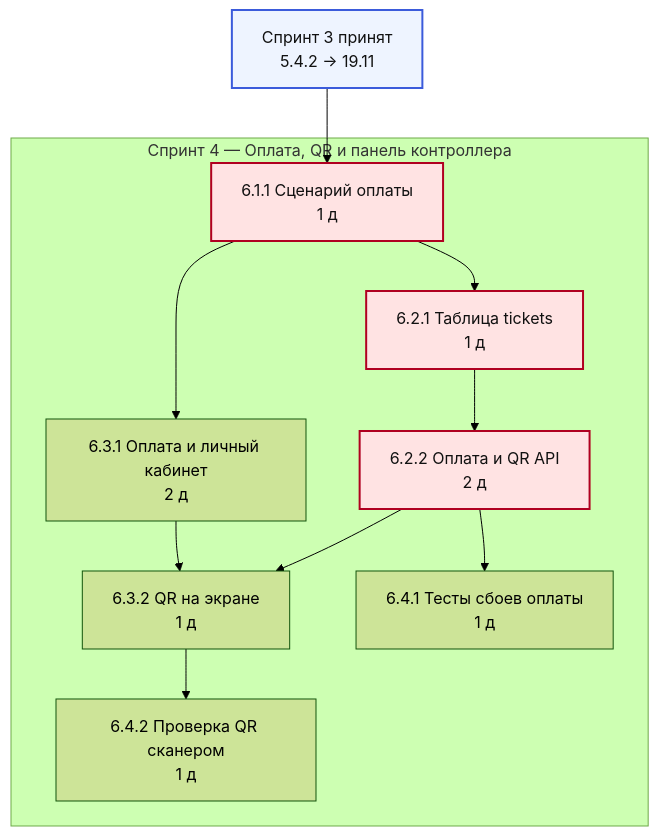
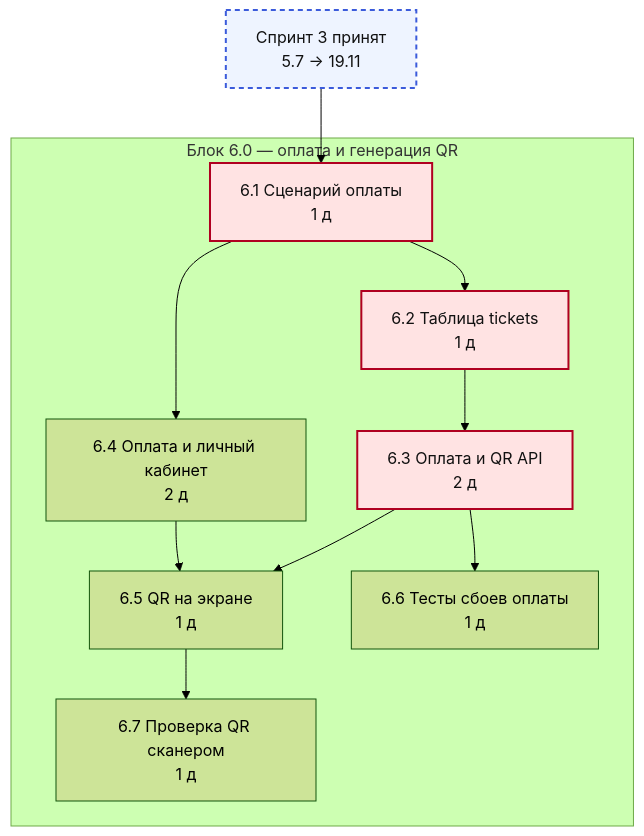
One commit to xlazyone/bileton changed the fourth of 6 diagrams in docs/labs/lab-06-schedule.md. Above: the diagram before and after it, drawn with Mermaid (forest theme). The commit also changed other lines of this file and 2 other files, not shown here.

````diff
--- a/docs/labs/lab-06-schedule.md
+++ b/docs/labs/lab-06-schedule.md
@@ -212,24 +221,24 @@
 ```mermaid
 flowchart TB
     classDef crit fill:#ffe3e3,stroke:#b00020,stroke-width:2px,color:#111;
-    classDef gate fill:#eef4ff,stroke:#3b5bdb,stroke-width:2px,color:#111;
-    tstart["Спринт 3 принят<br/>5.4.2 → 19.11"]:::gate
-    subgraph tg5["Спринт 4 — Оплата, QR и панель контроллера"]
-        t611["6.1.1 Сценарий оплаты<br/>1 д"]
-        t621["6.2.1 Таблица tickets<br/>1 д"]
-        t622["6.2.2 Оплата и QR API<br/>2 д"]
-        t631["6.3.1 Оплата и личный кабинет<br/>2 д"]
-        t632["6.3.2 QR на экране<br/>1 д"]
-        t641["6.4.1 Тесты сбоев оплаты<br/>1 д"]
-        t642["6.4.2 Проверка QR сканером<br/>1 д"]
+    classDef gate fill:#eef4ff,stroke:#3b5bdb,stroke-width:2px,stroke-dasharray: 5 4,color:#111;
+    tgstart["Спринт 3 принят<br/>5.7 → 19.11"]:::gate
+    subgraph tg0["Блок 6.0 — оплата и генерация QR"]
+        t6_1["6.1 Сценарий оплаты<br/>1 д"]
+        t6_2["6.2 Таблица tickets<br/>1 д"]
+        t6_3["6.3 Оплата и QR API<br/>2 д"]
+        t6_4["6.4 Оплата и личный кабинет<br/>2 д"]
+        t6_5["6.5 QR на экране<br/>1 д"]
+        t6_6["6.6 Тесты сбоев оплаты<br/>1 д"]
+        t6_7["6.7 Проверка QR сканером<br/>1 д"]
     end
-    tstart --> t611
-    t611 --> t621
-    t621 --> t622
-    t611 --> t631
-    t622 --> t632
-    t631 --> t632
-    t622 --> t641
-    t632 --> t642
-    class t611,t621,t622 crit;
+    tgstart --> t6_1
+    t6_1 --> t6_2
+    t6_2 --> t6_3
+    t6_1 --> t6_4
+    t6_3 --> t6_5
+    t6_4 --> t6_5
+    t6_3 --> t6_6
+    t6_5 --> t6_7
+    class t6_1,t6_2,t6_3 crit;
 ```
````
